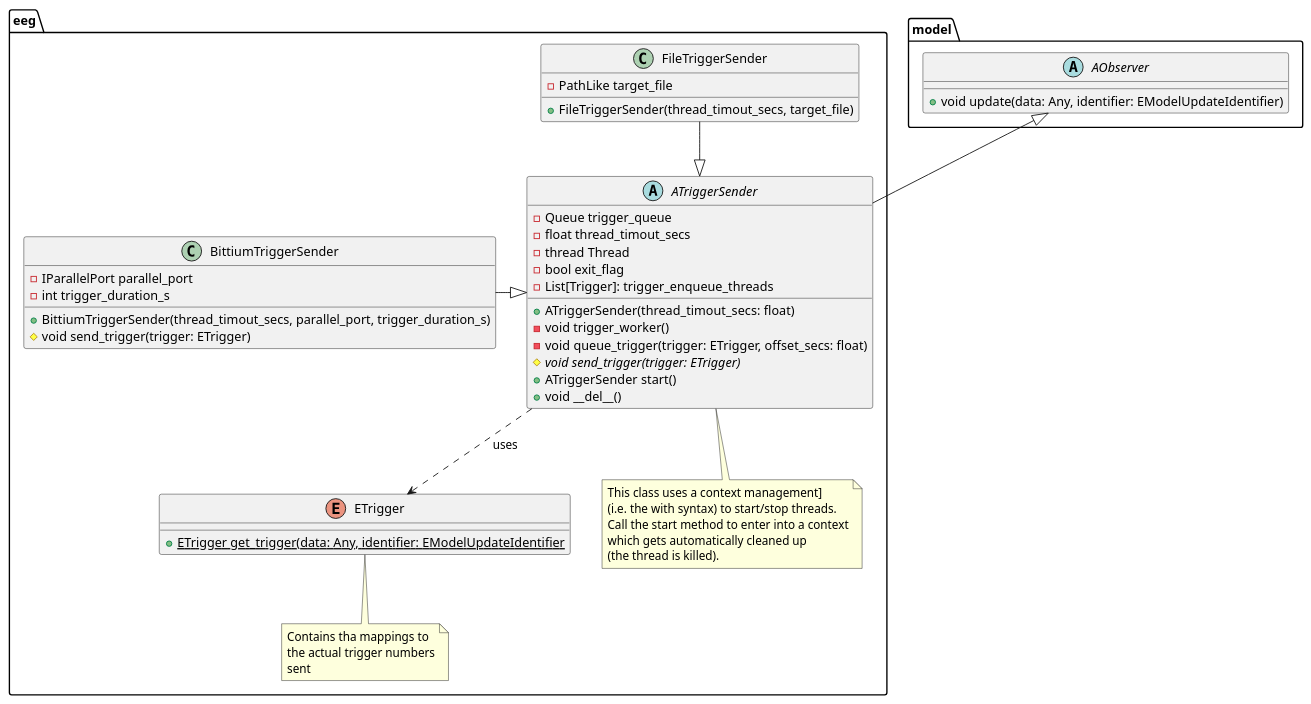
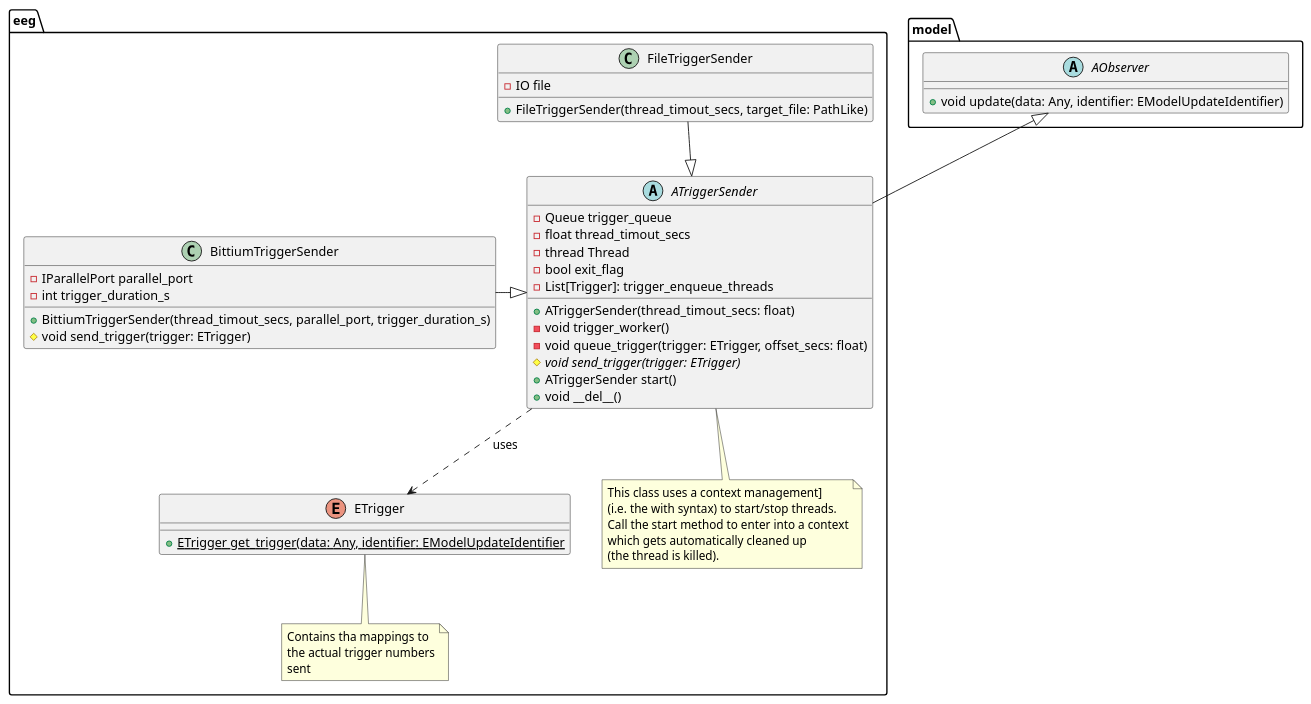
Before and after one commit to michalrzak/auditory-intention-decoding: the diagram in diagrams/plantuml/class/eeg_class.puml, drawn with PlantUML. The commit also changed 15 other files, not shown here.

```diff
--- a/diagrams/plantuml/class/eeg_class.puml
+++ b/diagrams/plantuml/class/eeg_class.puml
@@ -1,57 +1,57 @@
 @startuml
 
 package model {
     abstract class AObserver {
         +void update(data: Any, identifier: EModelUpdateIdentifier)
     }
 }
 
 
 
 package eeg {
    enum ETrigger{
      +ETrigger {static} get_trigger(data: Any, identifier: EModelUpdateIdentifier
    }
    note bottom of ETrigger: Contains tha mappings to\nthe actual trigger numbers\nsent
 
     abstract class ATriggerSender {
         -Queue trigger_queue
         -float thread_timout_secs
         -thread Thread
         -bool exit_flag
         -List[Trigger]: trigger_enqueue_threads
 
         +ATriggerSender(thread_timout_secs: float)
         -void trigger_worker()
         -void queue_trigger(trigger: ETrigger, offset_secs: float)
         #void {abstract} send_trigger(trigger: ETrigger)
         +ATriggerSender start()
         +void __del__()
     }
     note bottom
         This class uses a context management]
         (i.e. the with syntax) to start/stop threads.
         Call the start method to enter into a context
         which gets automatically cleaned up
         (the thread is killed).
     end note
 
    class BittiumTriggerSender {
      -IParallelPort parallel_port
      -int trigger_duration_s
      +BittiumTriggerSender(thread_timout_secs, parallel_port, trigger_duration_s)
      #void send_trigger(trigger: ETrigger)
    }
 
    class FileTriggerSender {
-     -PathLike target_file
-     +FileTriggerSender(thread_timout_secs, target_file)
+     -IO file
+     +FileTriggerSender(thread_timout_secs, target_file: PathLike)
    }
 }
 
 ATriggerSender -u-|> AObserver
 BittiumTriggerSender -r-|> ATriggerSender
 FileTriggerSender -d-|> ATriggerSender
 ATriggerSender ..> ETrigger: "uses"
 
 @enduml
```
